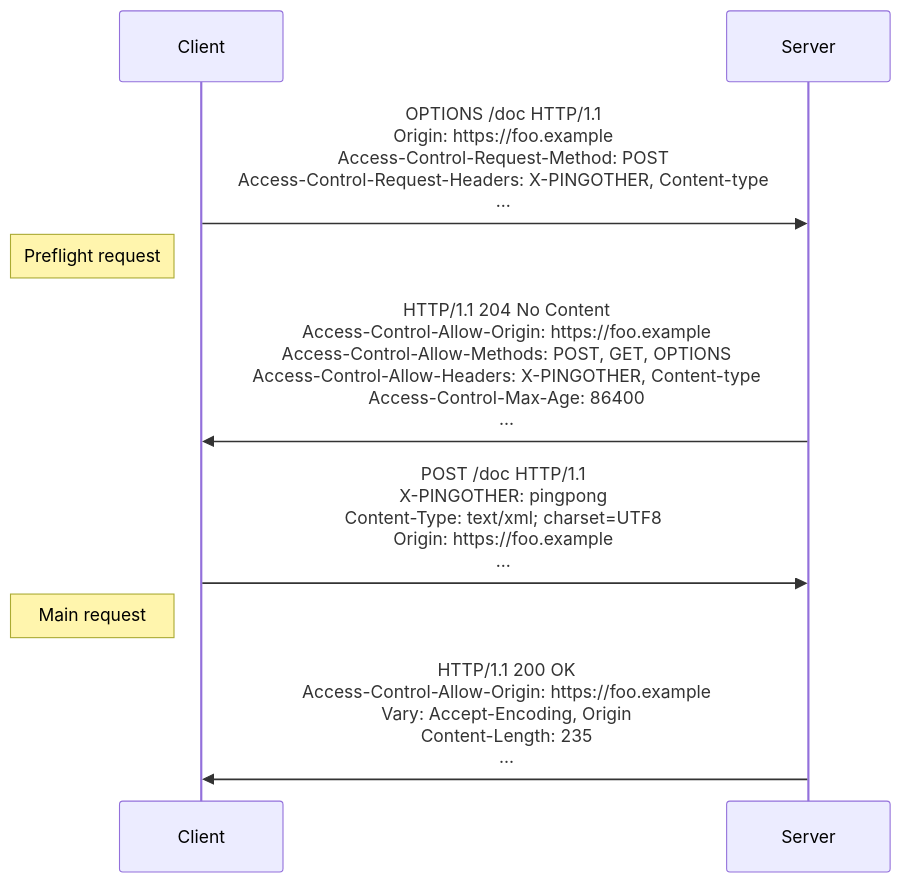
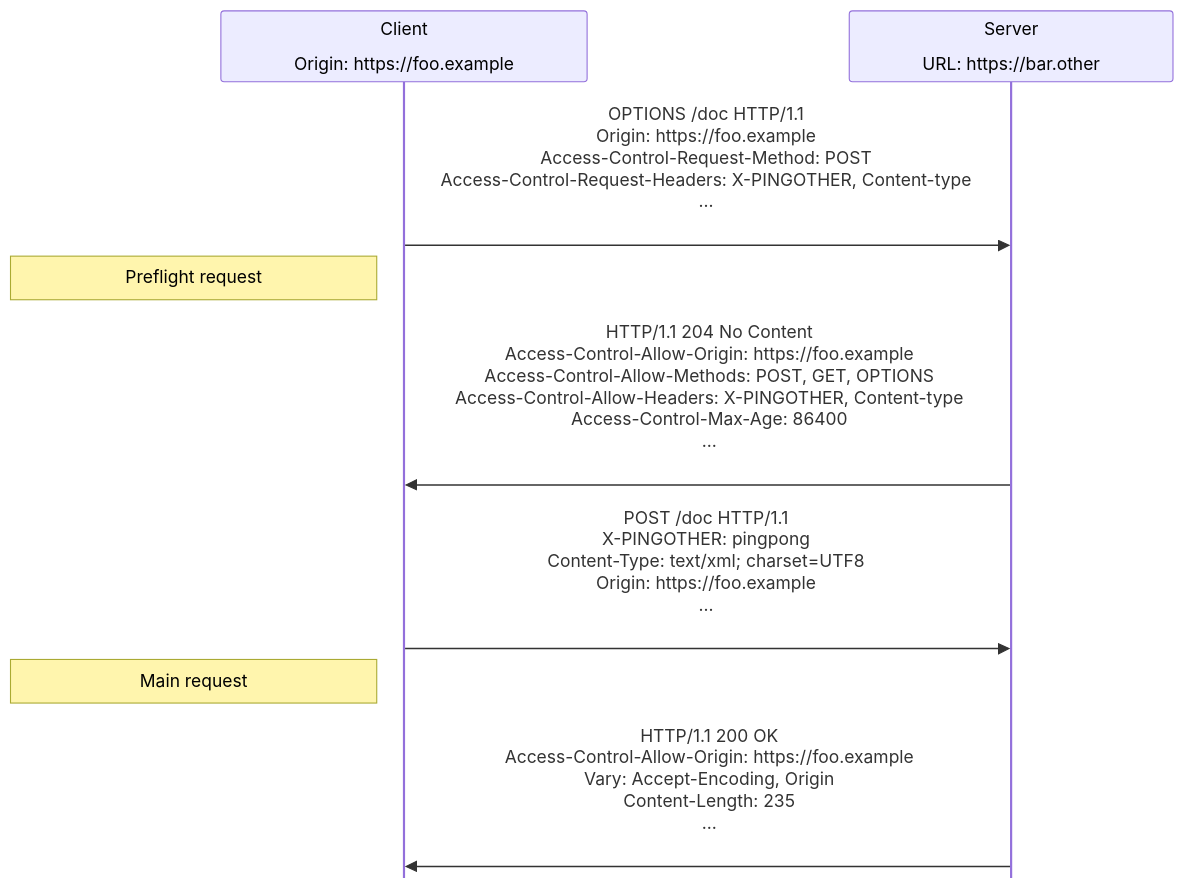
The diagram in images/diagrams/http/cors/preflight-correct.mmd (mdn/shared-assets), drawn with Mermaid before and after one commit. The commit also changed 7 other files, not shown here.

First line of the commit message:
Fix content issue 36670: Annotate CORS diagrams with origins (#65)

```diff
--- a/images/diagrams/http/cors/preflight-correct.mmd
+++ b/images/diagrams/http/cors/preflight-correct.mmd
@@ -1,12 +1,14 @@
+%%{init: { "sequence": { "mirrorActors":false  }} }%%
+
 sequenceDiagram
-    participant Client
-    participant Server
+    participant Client as Client<br><br>Origin#58; https#58;//foo.example
+    participant Server as Server<br><br>URL#58; https#58;//bar.other
 
-    Client->>Server: OPTIONS /doc HTTP/1.1<br/>Origin: https://foo.example<br/>Access-Control-Request-Method: POST<br/>Access-Control-Request-Headers: X-PINGOTHER, Content-type<br/>...
+    Client->>Server: OPTIONS /doc HTTP/1.1<br/>Origin: https://foo.example<br/>Access-Control-Request-Method: POST<br/>Access-Control-Request-Headers: X-PINGOTHER, Content-type<br/>...<br/>
     Note left of Client: Preflight request
-    Server->>Client: HTTP/1.1 204 No Content<br/>Access-Control-Allow-Origin: https://foo.example<br/>Access-Control-Allow-Methods: POST, GET, OPTIONS<br/>Access-Control-Allow-Headers: X-PINGOTHER, Content-type<br/>Access-Control-Max-Age: 86400<br/>...
+    Server->>Client: HTTP/1.1 204 No Content<br/>Access-Control-Allow-Origin: https://foo.example<br/>Access-Control-Allow-Methods: POST, GET, OPTIONS<br/>Access-Control-Allow-Headers: X-PINGOTHER, Content-type<br/>Access-Control-Max-Age: 86400<br/>...<br/>
 
 
-    Client->>Server: POST /doc HTTP/1.1<br/>X-PINGOTHER: pingpong<br/>Content-Type: text/xml#59; charset=UTF8<br/>Origin: https://foo.example<br/>...
+    Client->>Server: POST /doc HTTP/1.1<br/>X-PINGOTHER: pingpong<br/>Content-Type: text/xml#59; charset=UTF8<br/>Origin: https://foo.example<br/>...<br/>
     Note left of Client: Main request
-    Server->>Client: HTTP/1.1 200 OK<br/>Access-Control-Allow-Origin: https://foo.example<br/>Vary: Accept-Encoding, Origin<br/>Content-Length: 235<br/>...
+    Server->>Client: HTTP/1.1 200 OK<br/>Access-Control-Allow-Origin: https://foo.example<br/>Vary: Accept-Encoding, Origin<br/>Content-Length: 235<br/>...<br/>
```
